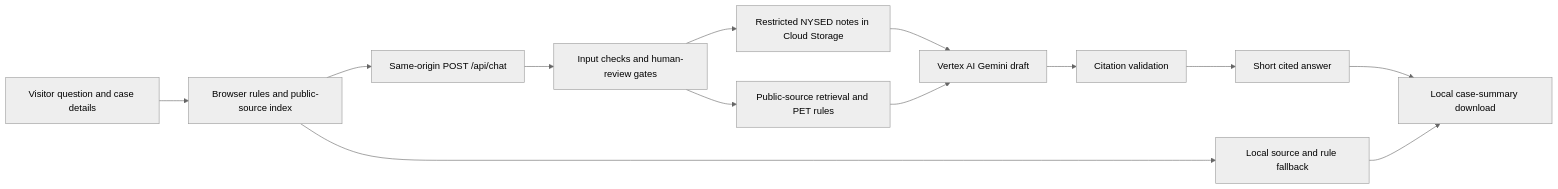
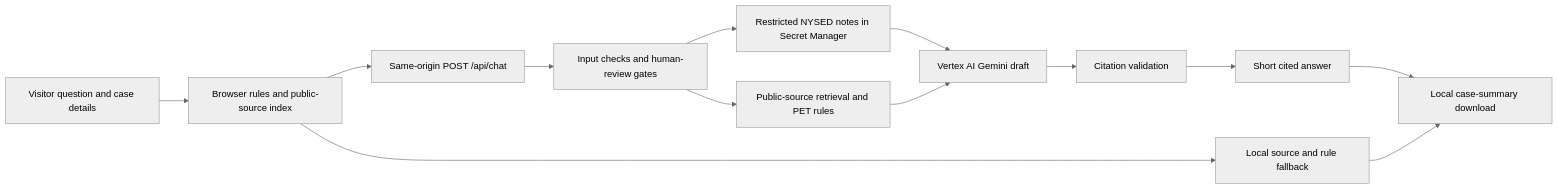
The diagram in docs/ARCHITECTURE.md (georgetown-mdi-gates4/pets_model), drawn with Mermaid (neutral theme) before and after one commit. The commit also changed other lines of this file and 5 other files, not shown here.

Commit message:
Prepare restricted Secret Manager retrieval for NYSED context

````diff
--- a/docs/ARCHITECTURE.md
+++ b/docs/ARCHITECTURE.md
@@ -3,15 +3,15 @@
 ```mermaid
 flowchart LR
   A[Visitor question and case details] --> B[Browser rules and public-source index]
   B --> C[Same-origin POST /api/chat]
   C --> D[Input checks and human-review gates]
   D --> E[Public-source retrieval and PET rules]
-  D --> K[Restricted NYSED notes in Cloud Storage]
+  D --> K[Restricted NYSED notes in Secret Manager]
   K --> F
   E --> F[Vertex AI Gemini draft]
   F --> G[Citation validation]
   G --> H[Short cited answer]
   B --> I[Local source and rule fallback]
   H --> J[Local case-summary download]
   I --> J
 ```
````
